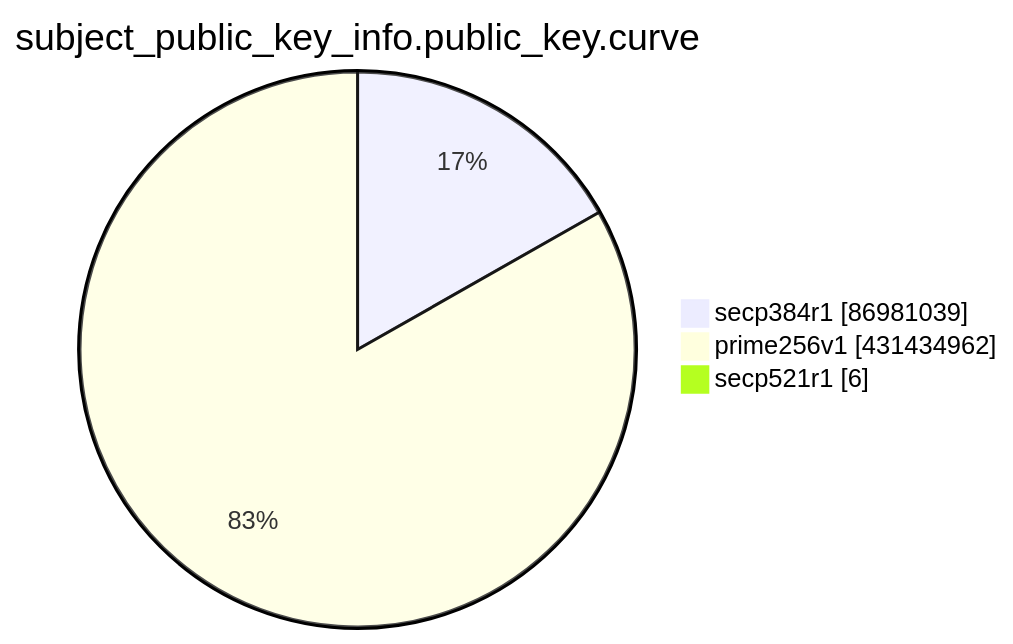
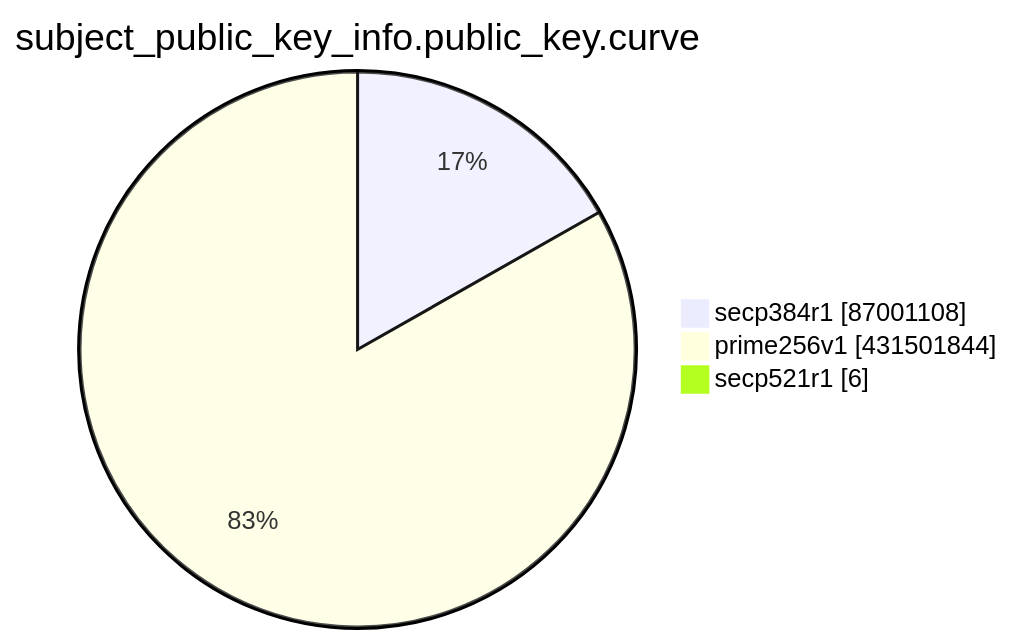
One commit to christiankrug/ctmonitor_visualization changed the eighth of 15 diagrams in TOTAL/README.md. Above: the diagram before and after it, drawn with Mermaid. The commit also changed other lines of this file, not shown here.

````diff
--- a/TOTAL/README.md
+++ b/TOTAL/README.md
@@ -3100,7 +3100,7 @@
 ```mermaid
 pie showData
 title subject_public_key_info.public_key.curve
-"secp384r1" :86981039
-"prime256v1" :431434962
+"secp384r1" :87001108
+"prime256v1" :431501844
 "secp521r1" :6
 ```
````
